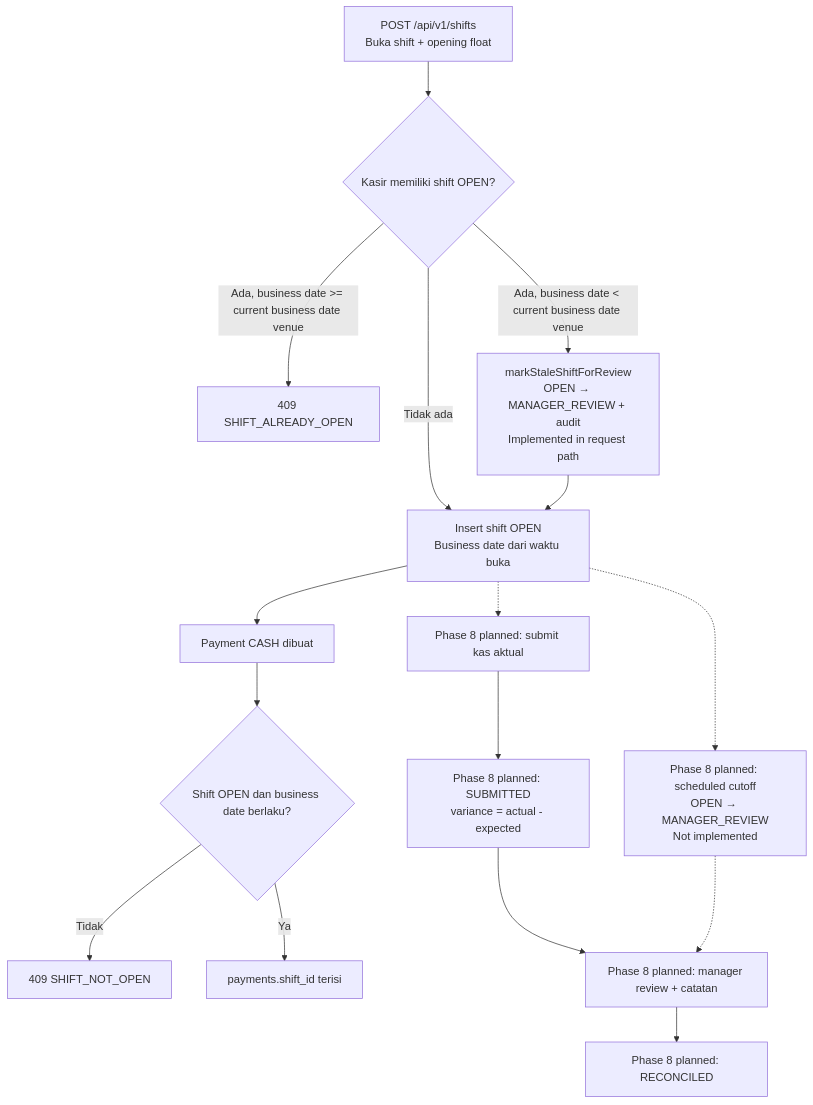
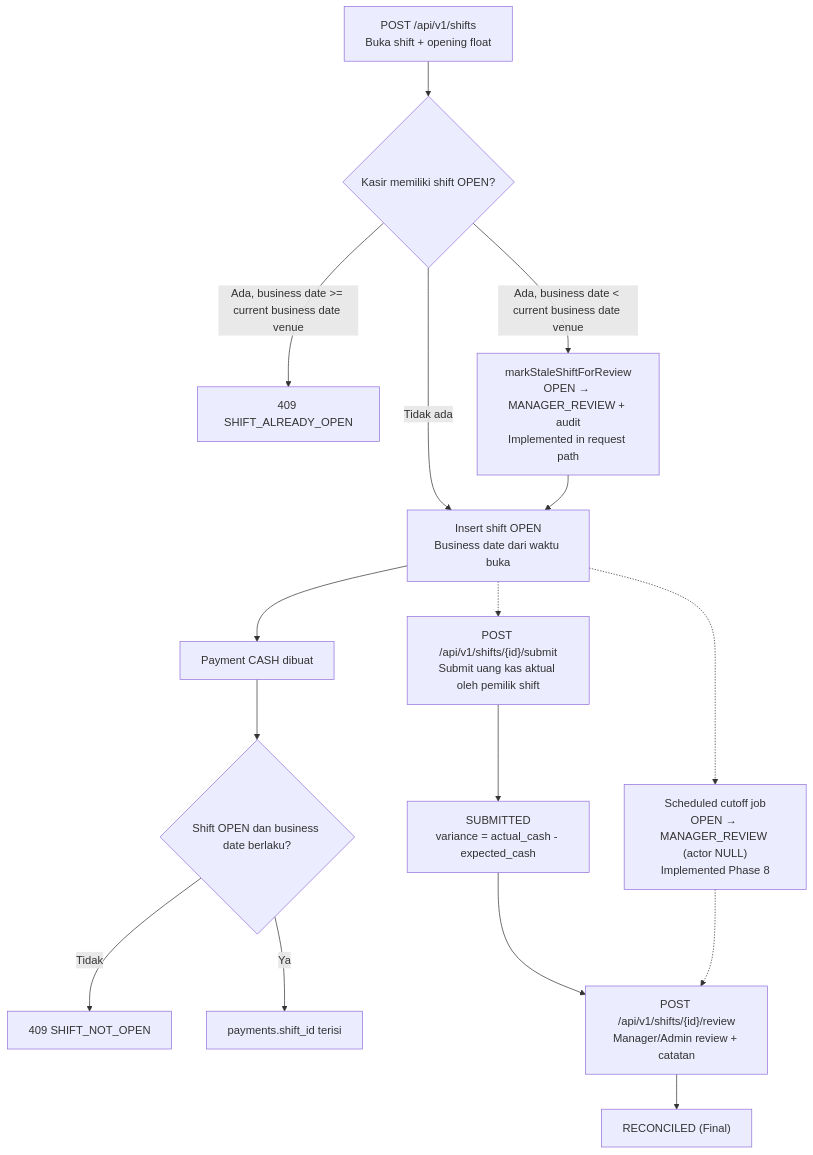
One commit to ranggautama47/nightvenue-backend changed the fourth of 5 diagrams in docs/APPLICATION_ARCHITECTURE.md. Above: the diagram before and after it, drawn with Mermaid. The commit also changed other lines of this file and 4 other files, not shown here.

Commit message:
docs(phase8): synchronize cashier shift documentation

````diff
--- a/docs/APPLICATION_ARCHITECTURE.md
+++ b/docs/APPLICATION_ARCHITECTURE.md
@@ -312,31 +312,31 @@
 ```mermaid
 flowchart TD
     A["POST /api/v1/shifts<br/>Buka shift + opening float"] --> B{"Kasir memiliki shift OPEN?"}
 
     B -- "Tidak ada" --> C["Insert shift OPEN<br/>Business date dari waktu buka"]
 
     B -- "Ada, business date >= current business date venue" --> X["409 SHIFT_ALREADY_OPEN"]
 
     B -- "Ada, business date < current business date venue" --> S["markStaleShiftForReview<br/>OPEN → MANAGER_REVIEW + audit<br/>Implemented in request path"]
 
     S --> C
 
     C --> D["Payment CASH dibuat"]
 
     D --> E{"Shift OPEN dan business date berlaku?"}
 
     E -- "Tidak" --> F["409 SHIFT_NOT_OPEN"]
     E -- "Ya" --> G["payments.shift_id terisi"]
 
-    C -.-> P["Phase 8 planned: scheduled cutoff<br/>OPEN → MANAGER_REVIEW<br/>Not implemented"]
+    C -.-> P["Scheduled cutoff job<br/>OPEN → MANAGER_REVIEW (actor NULL)<br/>Implemented Phase 8"]
 
-    C -.-> J["Phase 8 planned: submit kas aktual"]
+    C -.-> J["POST /api/v1/shifts/{id}/submit<br/>Submit uang kas aktual oleh pemilik shift"]
 
-    J --> K["Phase 8 planned: SUBMITTED<br/>variance = actual - expected"]
+    J --> K["SUBMITTED<br/>variance = actual_cash - expected_cash"]
 
-    K --> L["Phase 8 planned: manager review + catatan"]
+    K --> L["POST /api/v1/shifts/{id}/review<br/>Manager/Admin review + catatan"]
 
     P -.-> L
 
-    L --> M["Phase 8 planned: RECONCILED"]
+    L --> M["RECONCILED (Final)"]
 ```
````
